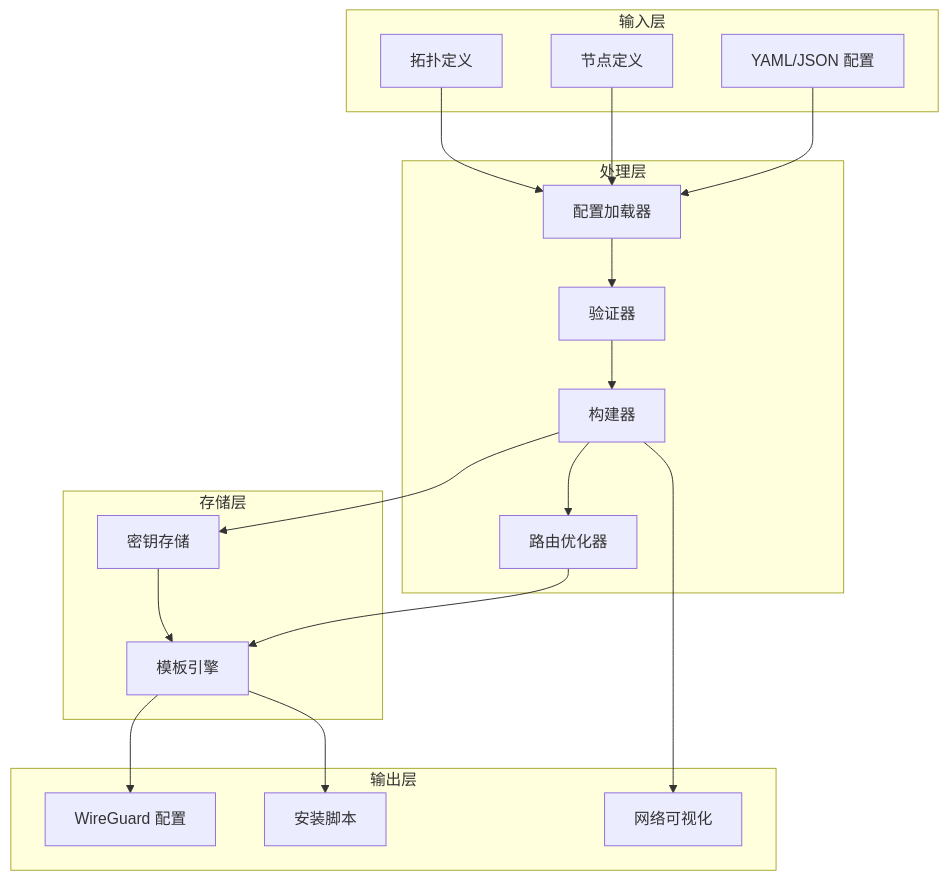
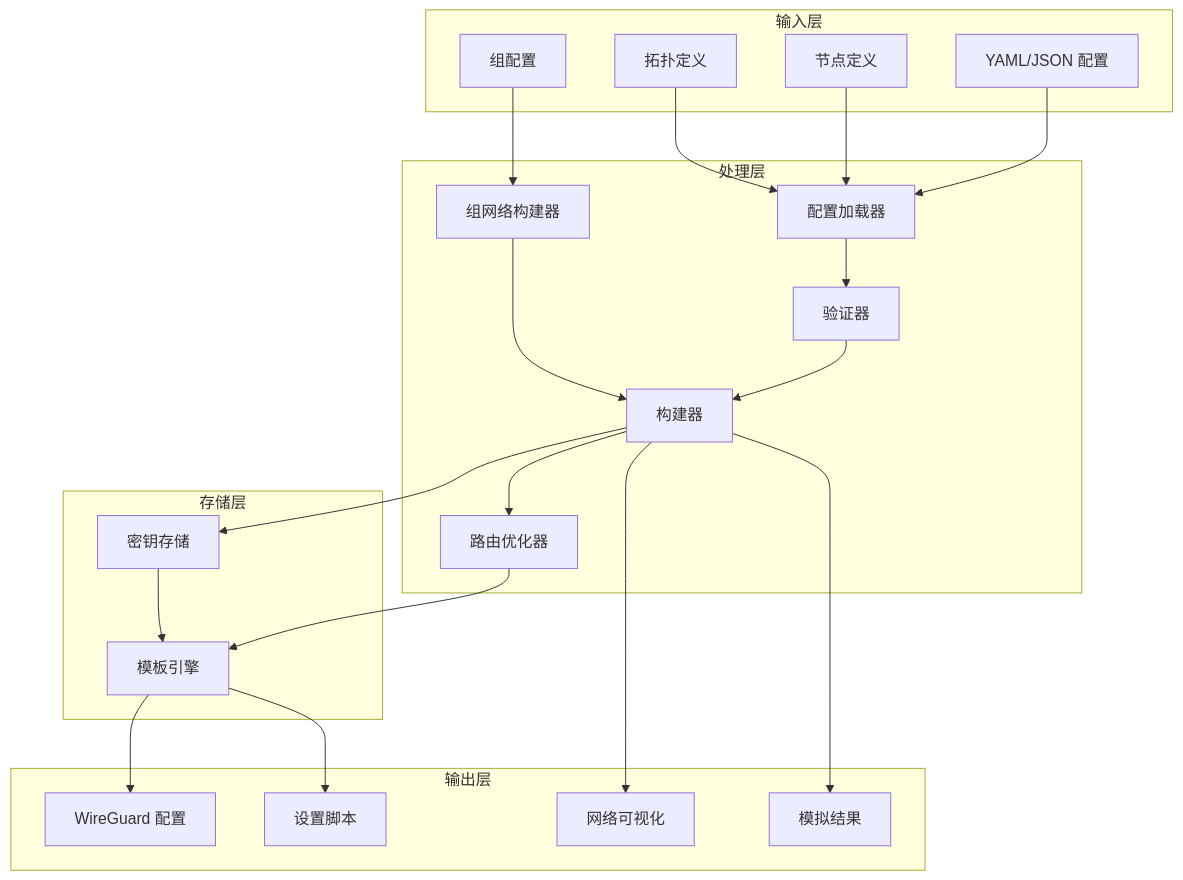
Before and after one commit to nerdneilsfield/wireguard-configure-generator: the first of 2 diagrams in README_zh.md, drawn with Mermaid. The commit also changed other lines of this file and 7 other files, not shown here.

````diff
--- a/README_zh.md
+++ b/README_zh.md
@@ -23,39 +25,45 @@
 ```mermaid
 graph TB
     subgraph "输入层"
         A[YAML/JSON 配置]
         B[节点定义]
         C[拓扑定义]
+        D[组配置]
     end
     
     subgraph "处理层"
-        D[配置加载器]
-        E[验证器]
-        F[构建器]
-        G[路由优化器]
+        E[配置加载器]
+        F[验证器]
+        G[构建器]
+        H[路由优化器]
+        I[组网络构建器]
     end
     
     subgraph "存储层"
-        H[密钥存储]
-        I[模板引擎]
+        J[密钥存储]
+        K[模板引擎]
     end
     
     subgraph "输出层"
-        J[WireGuard 配置]
-        K[安装脚本]
-        L[网络可视化]
+        L[WireGuard 配置]
+        M[设置脚本]
+        N[网络可视化]
+        O[模拟结果]
     end
     
-    A --> D
-    B --> D
-    C --> D
-    D --> E
+    A --> E
+    B --> E
+    C --> E
+    D --> I
     E --> F
     F --> G
-    F --> H
-    G --> I
-    H --> I
-    I --> J
-    I --> K
-    F --> L
+    I --> G
+    G --> H
+    G --> J
+    H --> K
+    J --> K
+    K --> L
+    K --> M
+    G --> N
+    G --> O
 ```
````
